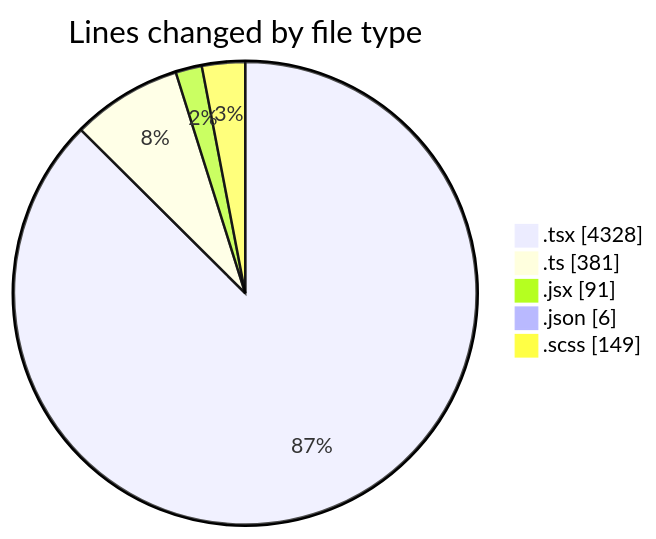
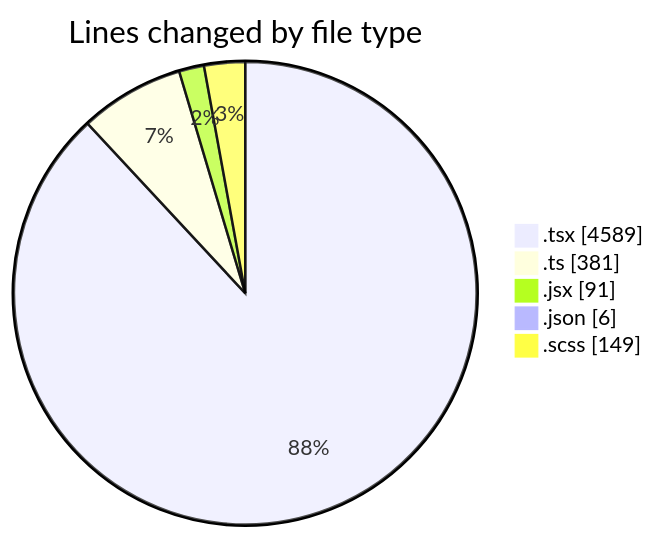
The first of 2 diagrams in 2026-04-27/cda/README.md (momahboobian/code-tracking), drawn with Mermaid before and after one commit. The commit also changed other lines of this file and 1 other file, not shown here.

````diff
--- a/2026-04-27/cda/README.md
+++ b/2026-04-27/cda/README.md
@@ -40,9 +41,9 @@
 ```mermaid
 pie showData
 title Lines changed by file type
-".tsx" : 4328
+".tsx" : 4589
 ".ts" : 381
 ".jsx" : 91
 ".json" : 6
 ".scss" : 149
 ```
````
